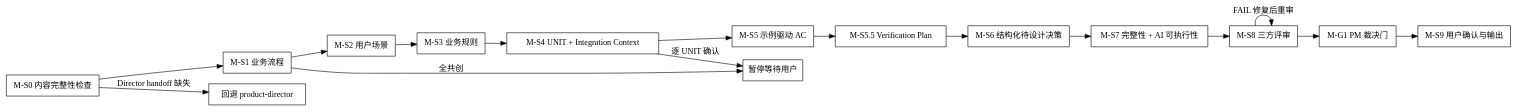
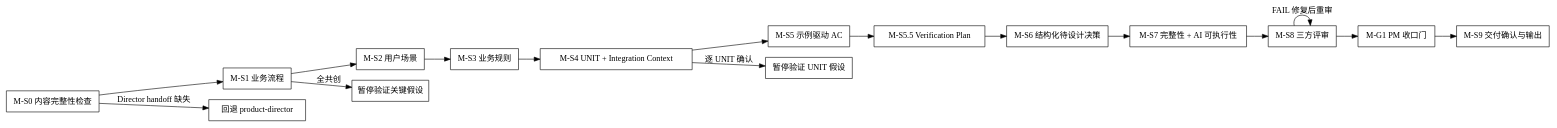
One commit to jieli-cqwl/org-claude-skills changed the diagram in shared/skills/product-manager/SKILL.md. Above: the diagram before and after it, drawn with Graphviz. The commit also changed other lines of this file and 39 other files, not shown here.

````diff
--- a/shared/skills/product-manager/SKILL.md
+++ b/shared/skills/product-manager/SKILL.md
@@ -86,21 +87,21 @@
 ```dot
 digraph product_manager_flow {
   rankdir=LR;
   node [shape=box];
   "M-S0 内容完整性检查" -> "M-S1 业务流程";
   "M-S1 业务流程" -> "M-S2 用户场景";
   "M-S2 用户场景" -> "M-S3 业务规则";
   "M-S3 业务规则" -> "M-S4 UNIT + Integration Context";
   "M-S4 UNIT + Integration Context" -> "M-S5 示例驱动 AC";
   "M-S5 示例驱动 AC" -> "M-S5.5 Verification Plan";
   "M-S5.5 Verification Plan" -> "M-S6 结构化待设计决策";
   "M-S6 结构化待设计决策" -> "M-S7 完整性 + AI 可执行性";
   "M-S7 完整性 + AI 可执行性" -> "M-S8 三方评审";
-  "M-S8 三方评审" -> "M-G1 PM 裁决门";
-  "M-G1 PM 裁决门" -> "M-S9 用户确认与输出";
+  "M-S8 三方评审" -> "M-G1 PM 收口门";
+  "M-G1 PM 收口门" -> "M-S9 交付确认与输出";
   "M-S0 内容完整性检查" -> "回退 product-director" [label="Director handoff 缺失"];
-  "M-S1 业务流程" -> "暂停等待用户" [label="全共创"];
-  "M-S4 UNIT + Integration Context" -> "暂停等待用户" [label="逐 UNIT 确认"];
+  "M-S1 业务流程" -> "暂停验证关键假设" [label="全共创"];
+  "M-S4 UNIT + Integration Context" -> "暂停验证 UNIT 假设" [label="逐 UNIT 确认"];
   "M-S8 三方评审" -> "M-S8 三方评审" [label="FAIL 修复后重审"];
 }
 ```
````
